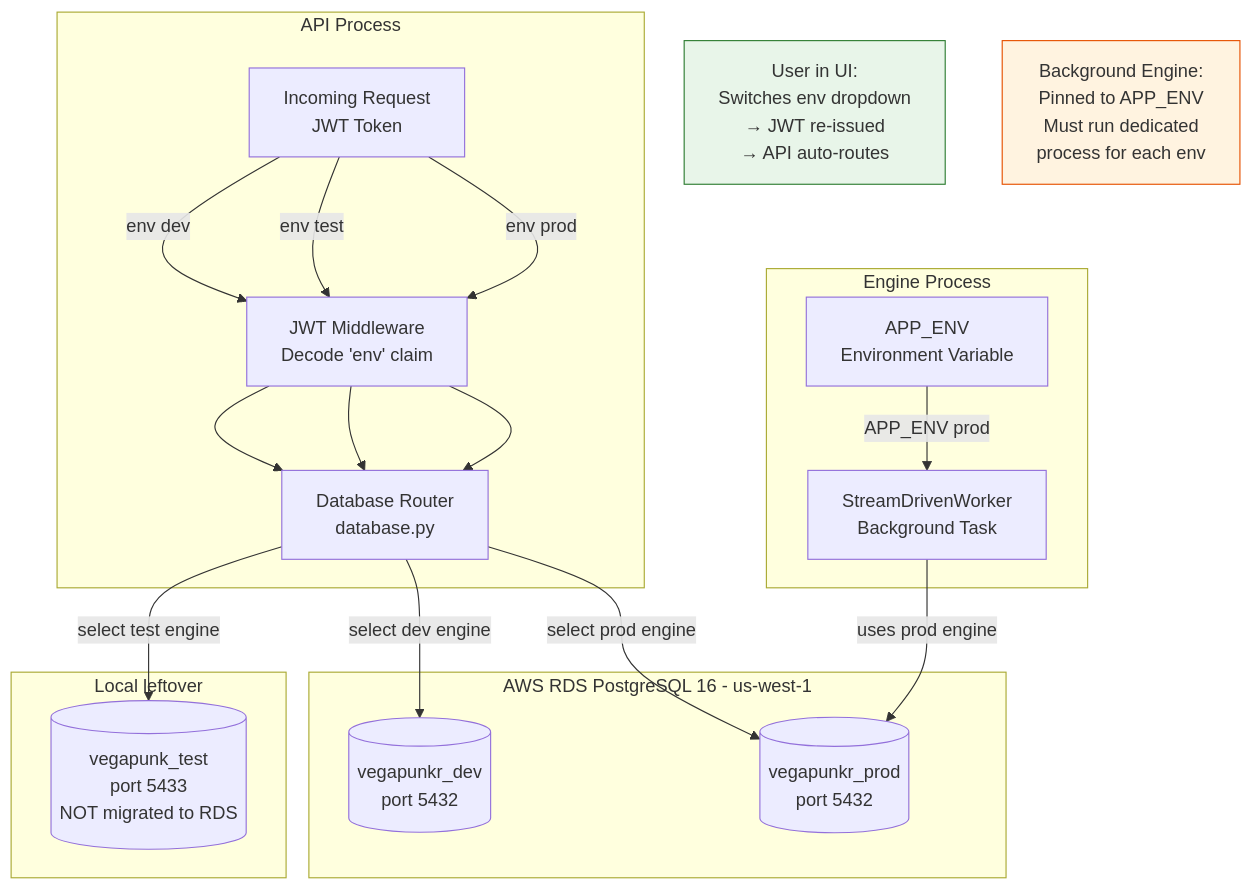
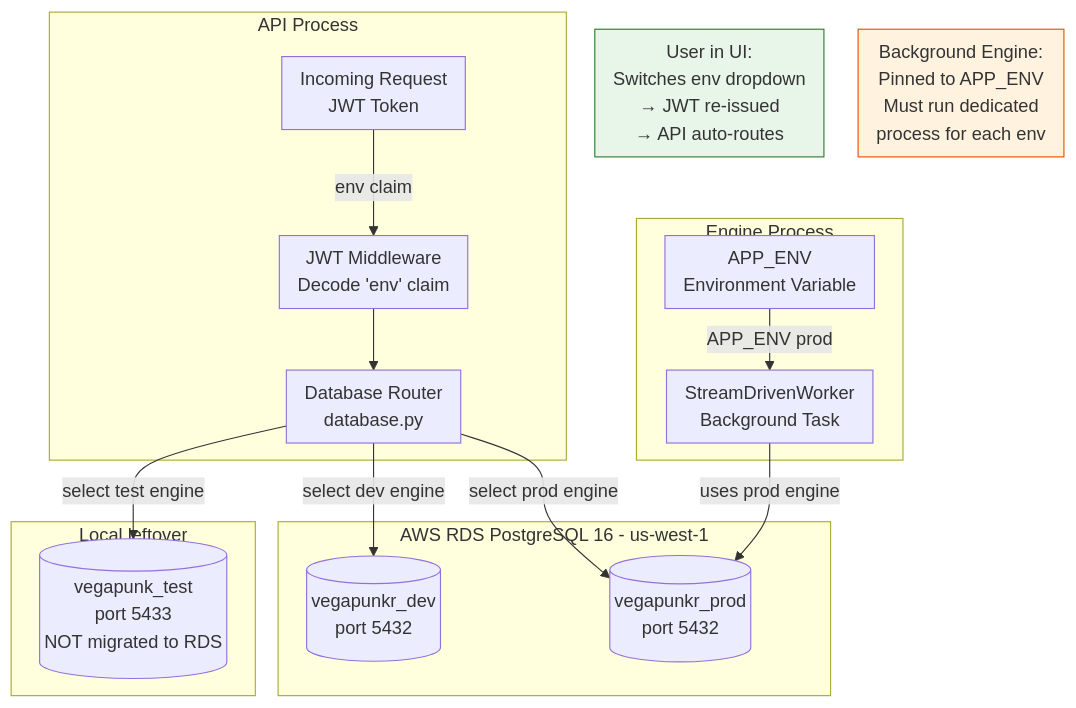
One commit to PirateKingSteve-0/VegaPunkR changed diagram 13 of 22 in docs/architecture-diagram.md. Above: the diagram before and after it, drawn with Mermaid. The commit also changed other lines of this file and 14 other files, not shown here.

````diff
--- a/docs/architecture-diagram.md
+++ b/docs/architecture-diagram.md
@@ -590,45 +651,40 @@
 ```mermaid
+%%{init: {'flowchart': {'rankSpacing': 30, 'nodeSpacing': 30, 'padding': 8}}}%%
 graph TB
     subgraph "API Process"
         REQ[Incoming Request<br/>JWT Token]
         MW[JWT Middleware<br/>Decode 'env' claim]
         ROUTER[Database Router<br/>database.py]
     end
 
     subgraph "Engine Process"
         WORKER[StreamDrivenWorker<br/>Background Task]
         APPENV[APP_ENV<br/>Environment Variable]
     end
 
     subgraph "AWS RDS PostgreSQL 16 - us-west-1"
         DEV[(vegapunkr_dev<br/>port 5432)]
         PROD[(vegapunkr_prod<br/>port 5432)]
     end
 
     subgraph "Local leftover"
         TEST[(vegapunk_test<br/>port 5433<br/>NOT migrated to RDS)]
     end
 
-    %% API routing
-    REQ -->|env dev| MW
+    %% API routing — one request path, three destinations
+    REQ -->|env claim| MW
     MW --> ROUTER
     ROUTER -->|select dev engine| DEV
-
-    REQ -->|env test| MW
-    MW --> ROUTER
     ROUTER -->|select test engine| TEST
-
-    REQ -->|env prod| MW
-    MW --> ROUTER
     ROUTER -->|select prod engine| PROD
 
     %% Engine routing
     APPENV -->|APP_ENV prod| WORKER
     WORKER -->|uses prod engine| PROD
 
     Note1[User in UI:<br/>Switches env dropdown<br/>→ JWT re-issued<br/>→ API auto-routes]
     Note2[Background Engine:<br/>Pinned to APP_ENV<br/>Must run dedicated<br/>process for each env]
 
     style Note1 fill:#e8f5e9,stroke:#2e7d32
     style Note2 fill:#fff3e0,stroke:#e65100
 ```
````
